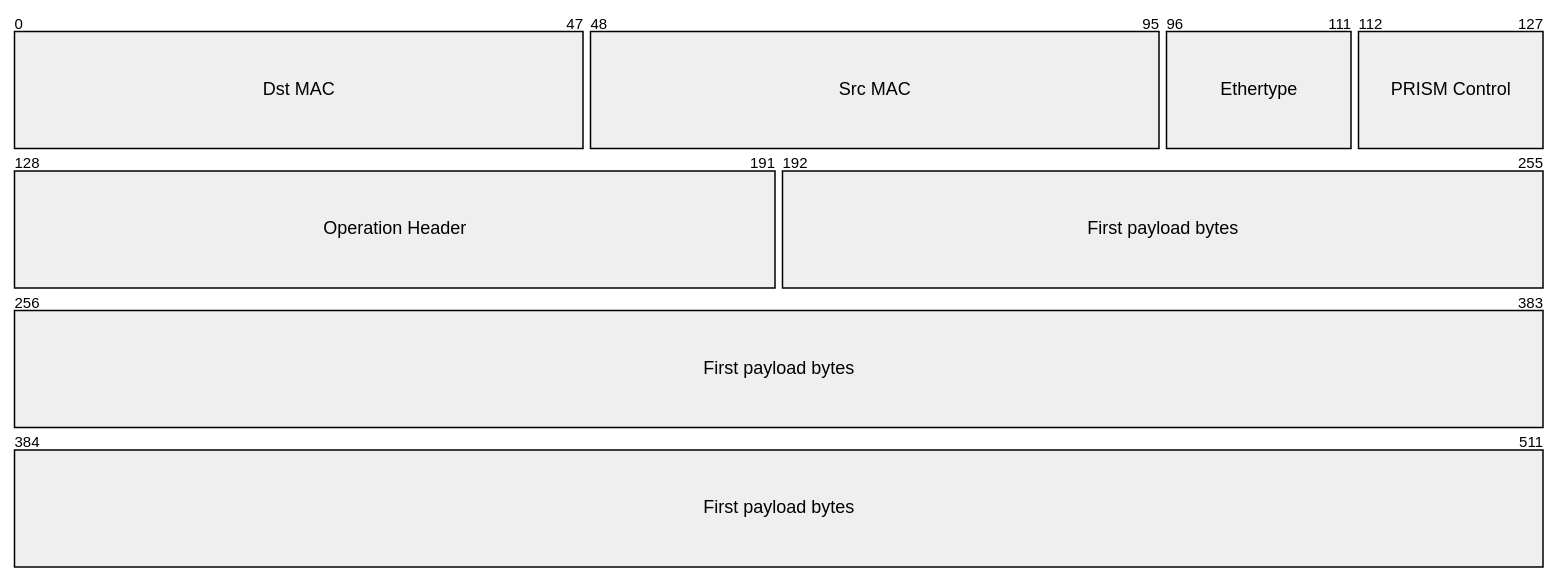
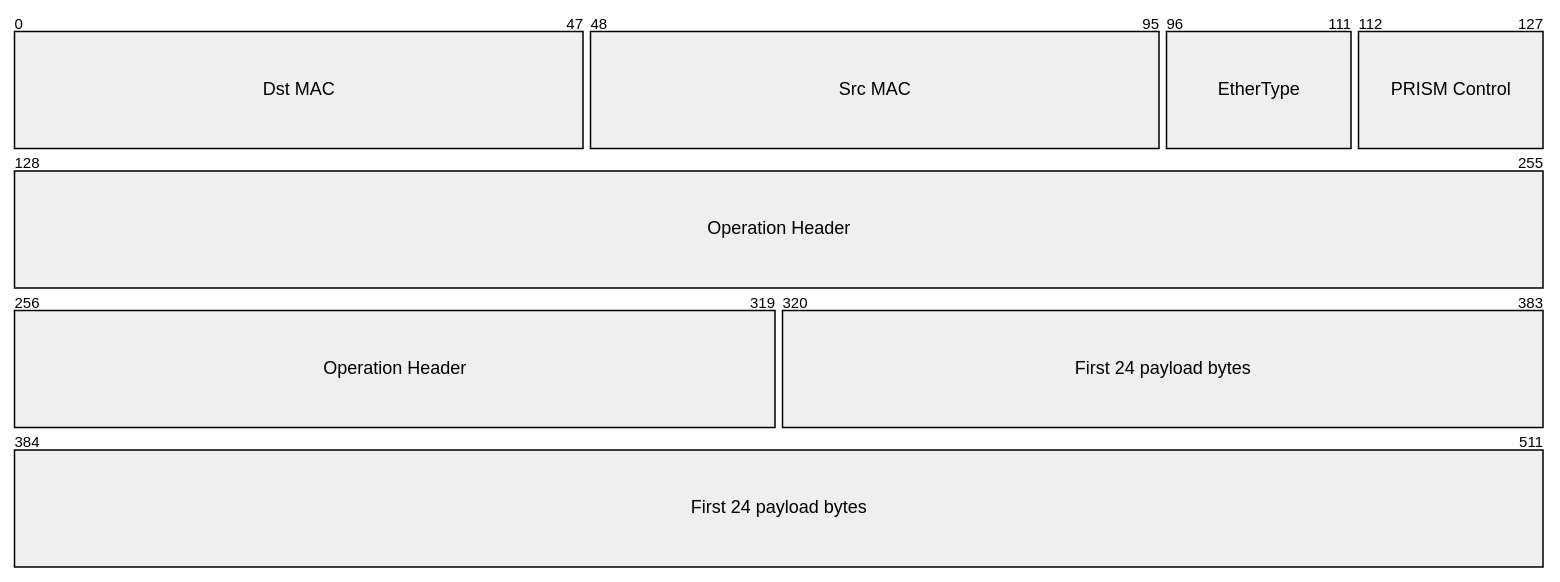
Before and after one commit to uniquadev/prism: the third of 9 diagrams in docs/chapters/3-architecture/protocol.md, drawn with Mermaid. The commit also changed other lines of this file and 30 other files, not shown here.

````diff
--- a/docs/chapters/3-architecture/protocol.md
+++ b/docs/chapters/3-architecture/protocol.md
@@ -45,10 +268,10 @@
 ```mermaid
 %%{init: {"packet": {"bitsPerRow": 128, "bitWidth": 8, "rowHeight": 78, "showBits": true}} }%%
 packet
     +48: "Dst MAC"
     +48: "Src MAC"
-    +16: "Ethertype"
+    +16: "EtherType"
     +16: "PRISM Control"
-    +64: "Operation Header"
-    +320: "First payload bytes"
+    +192: "Operation Header"
+    +192: "First 24 payload bytes"
 ```
````
